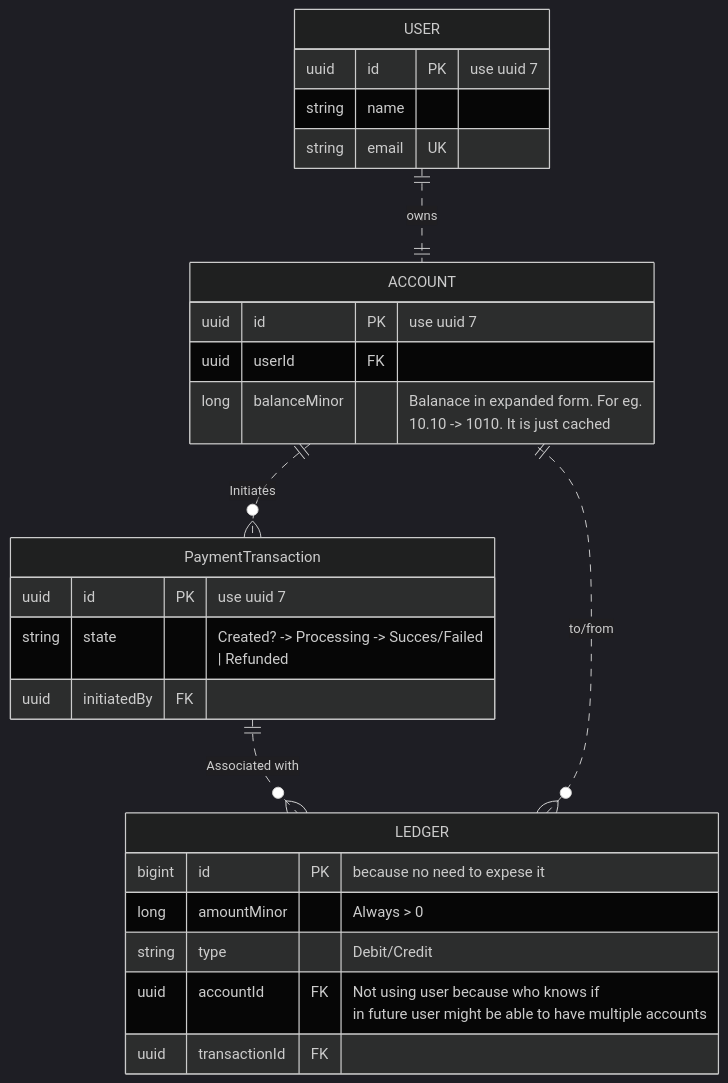
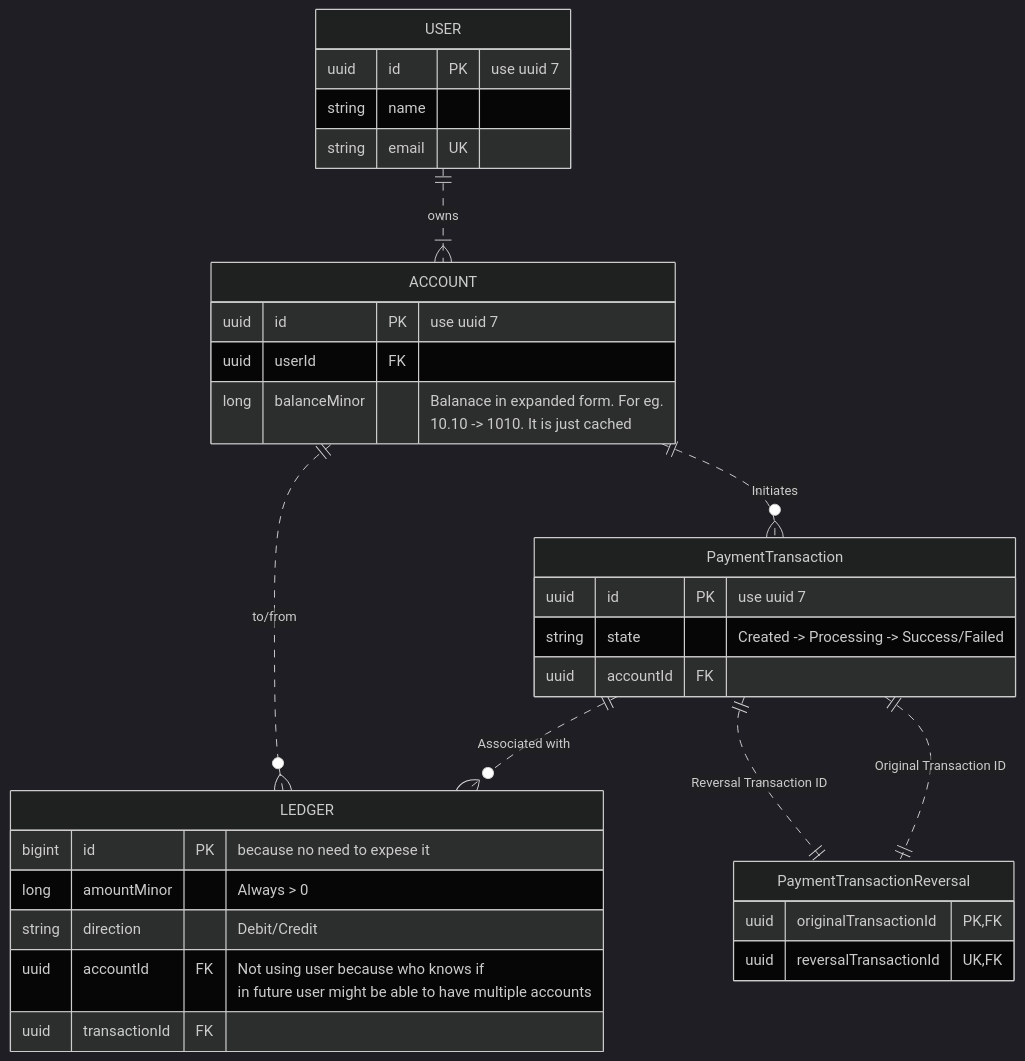
The diagram in docs/ERDiagram.md (hamburg1r/LedgerFlow), drawn with Mermaid (dark theme) before and after one commit. The commit also changed 1 other file, not shown here.

Commit message:
Update ERDiagram with field name changes and add UML sequence diagram for transaction processing

````diff
--- a/docs/ERDiagram.md
+++ b/docs/ERDiagram.md
@@ -2,41 +2,48 @@
 ```mermaid
 erDiagram
 
 USER {
     uuid id PK "use uuid 7"
     string name
     string email UK
 }
 
 ACCOUNT {
     uuid id PK "use uuid 7"
     uuid userId FK
     long balanceMinor "Balanace in expanded form. For eg.
     10.10 -> 1010. It is just cached"
 }
 
 LEDGER {
     bigint id PK "because no need to expese it"
     long amountMinor "Always > 0"
-    string type "Debit/Credit"
+    string direction "Debit/Credit"
     uuid accountId FK "Not using user because who knows if
     in future user might be able to have multiple accounts"
     uuid transactionId FK
 }
 
 PaymentTransaction {
     uuid id PK "use uuid 7"
-    string state "Created? -> Processing -> Succes/Failed
-    | Refunded"
-    uuid initiatedBy FK
+    string state "Created -> Processing -> Success/Failed"
+    uuid accountId FK
+    
+}
+
+PaymentTransactionReversal {
+    uuid originalTransactionId PK, FK
+    uuid reversalTransactionId UK, FK
 }
 
 %% For now its 1:1 but later it'll be 1:M
-USER||..||ACCOUNT: owns
+USER||..|{ACCOUNT: owns
 LEDGER}o..||ACCOUNT: "to/from"
 %% TODO: For now ledger will always be associated with
 %% PaymentTransaction but after reconciliation is
 %% implemented it'll be |o instead
 PaymentTransaction||..o{LEDGER: "Associated with"
 ACCOUNT||..o{PaymentTransaction: Initiates
+PaymentTransaction||..||PaymentTransactionReversal: "Original Transaction ID"
+PaymentTransaction||..||PaymentTransactionReversal: "Reversal Transaction ID"
 ```
````
